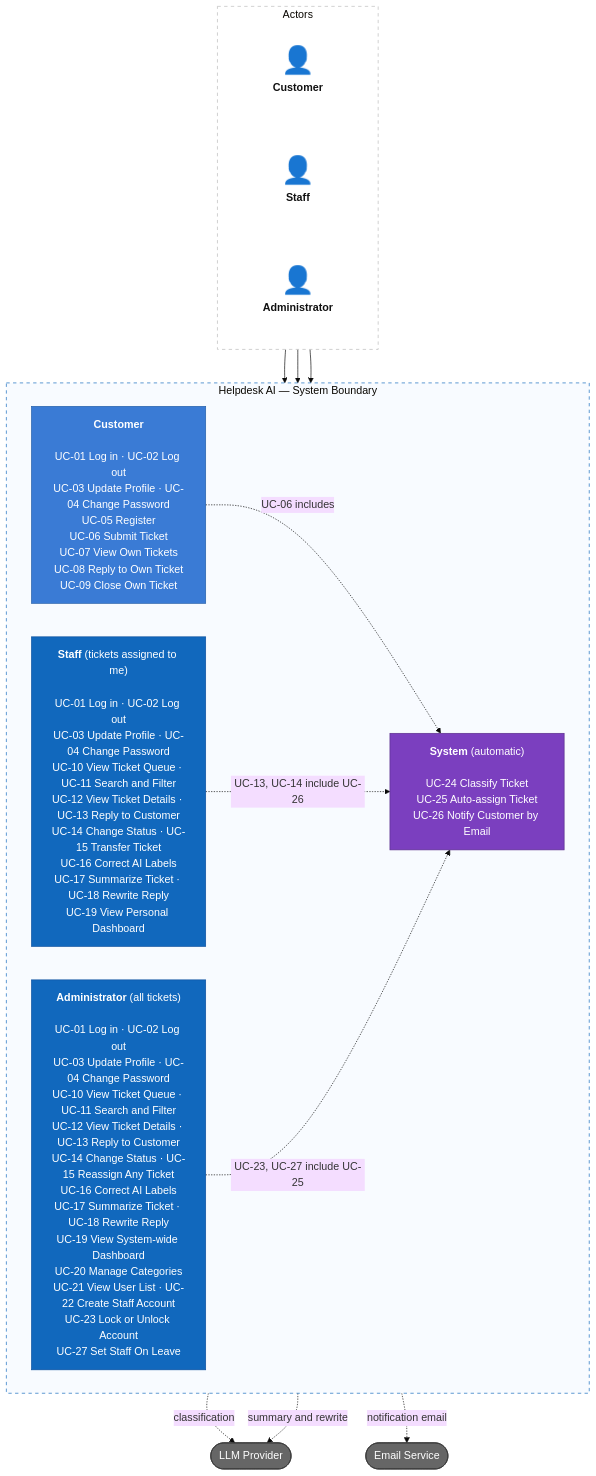
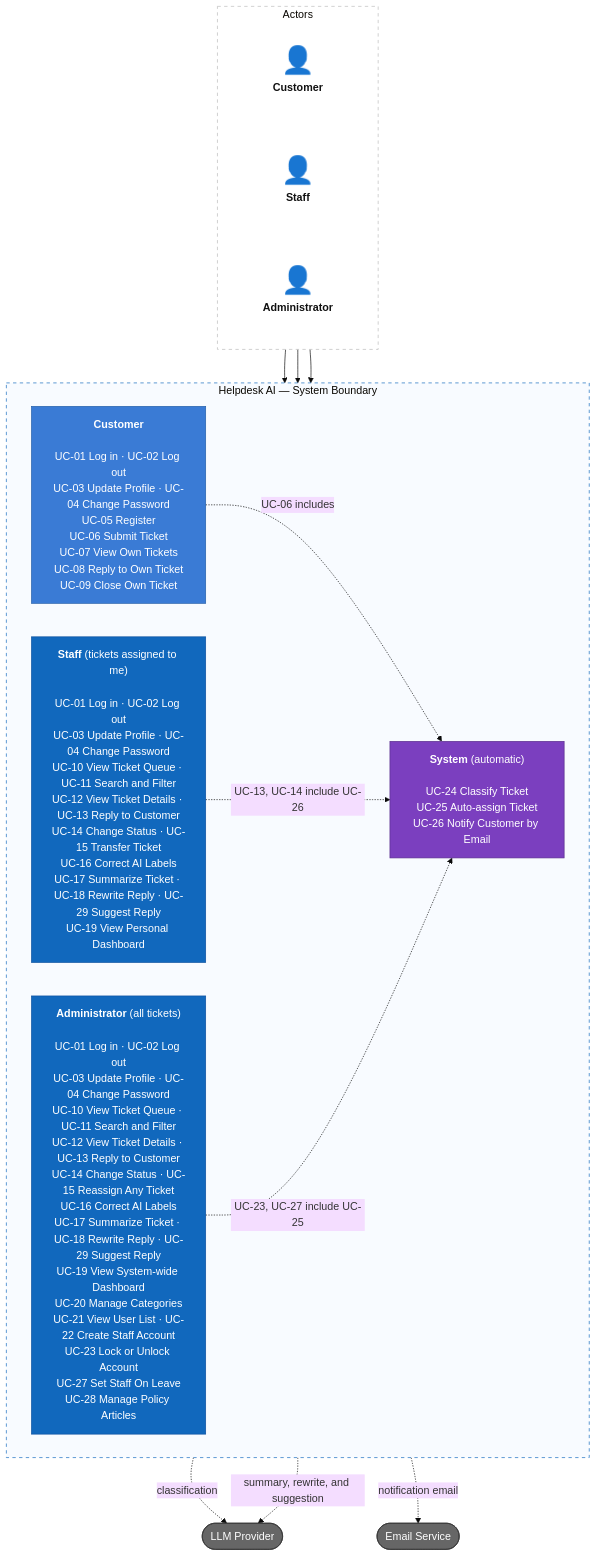
One commit to minhtuann1102/HelpdeskAI changed the first of 2 diagrams in README.md. Above: the diagram before and after it, drawn with Mermaid (base theme). The commit also changed other lines of this file and 1 other file, not shown here.

First line of the commit message:
docs: update README for policy articles and cited reply suggestions

````diff
--- a/README.md
+++ b/README.md
@@ -45,43 +47,43 @@
 ```mermaid
 flowchart TB
     subgraph roles["Actors"]
         direction LR
         customer["<span style='font-size:40px'>👤</span><br/><b>Customer</b>"]
         staff["<span style='font-size:40px'>👤</span><br/><b>Staff</b>"]
         admin["<span style='font-size:40px'>👤</span><br/><b>Administrator</b>"]
     end
 
     subgraph system["Helpdesk AI — System Boundary"]
         direction LR
         customerCases["<b>Customer</b><br/><br/>UC-01 Log in · UC-02 Log out<br/>UC-03 Update Profile · UC-04 Change Password<br/>UC-05 Register<br/>UC-06 Submit Ticket<br/>UC-07 View Own Tickets<br/>UC-08 Reply to Own Ticket<br/>UC-09 Close Own Ticket"]
-        staffCases["<b>Staff</b> (tickets assigned to me)<br/><br/>UC-01 Log in · UC-02 Log out<br/>UC-03 Update Profile · UC-04 Change Password<br/>UC-10 View Ticket Queue · UC-11 Search and Filter<br/>UC-12 View Ticket Details · UC-13 Reply to Customer<br/>UC-14 Change Status · UC-15 Transfer Ticket<br/>UC-16 Correct AI Labels<br/>UC-17 Summarize Ticket · UC-18 Rewrite Reply<br/>UC-19 View Personal Dashboard"]
-        adminCases["<b>Administrator</b> (all tickets)<br/><br/>UC-01 Log in · UC-02 Log out<br/>UC-03 Update Profile · UC-04 Change Password<br/>UC-10 View Ticket Queue · UC-11 Search and Filter<br/>UC-12 View Ticket Details · UC-13 Reply to Customer<br/>UC-14 Change Status · UC-15 Reassign Any Ticket<br/>UC-16 Correct AI Labels<br/>UC-17 Summarize Ticket · UC-18 Rewrite Reply<br/>UC-19 View System-wide Dashboard<br/>UC-20 Manage Categories<br/>UC-21 View User List · UC-22 Create Staff Account<br/>UC-23 Lock or Unlock Account<br/>UC-27 Set Staff On Leave"]
+        staffCases["<b>Staff</b> (tickets assigned to me)<br/><br/>UC-01 Log in · UC-02 Log out<br/>UC-03 Update Profile · UC-04 Change Password<br/>UC-10 View Ticket Queue · UC-11 Search and Filter<br/>UC-12 View Ticket Details · UC-13 Reply to Customer<br/>UC-14 Change Status · UC-15 Transfer Ticket<br/>UC-16 Correct AI Labels<br/>UC-17 Summarize Ticket · UC-18 Rewrite Reply · UC-29 Suggest Reply<br/>UC-19 View Personal Dashboard"]
+        adminCases["<b>Administrator</b> (all tickets)<br/><br/>UC-01 Log in · UC-02 Log out<br/>UC-03 Update Profile · UC-04 Change Password<br/>UC-10 View Ticket Queue · UC-11 Search and Filter<br/>UC-12 View Ticket Details · UC-13 Reply to Customer<br/>UC-14 Change Status · UC-15 Reassign Any Ticket<br/>UC-16 Correct AI Labels<br/>UC-17 Summarize Ticket · UC-18 Rewrite Reply · UC-29 Suggest Reply<br/>UC-19 View System-wide Dashboard<br/>UC-20 Manage Categories<br/>UC-21 View User List · UC-22 Create Staff Account<br/>UC-23 Lock or Unlock Account<br/>UC-27 Set Staff On Leave<br/>UC-28 Manage Policy Articles"]
         systemCases["<b>System</b> (automatic)<br/><br/>UC-24 Classify Ticket<br/>UC-25 Auto-assign Ticket<br/>UC-26 Notify Customer by Email"]
     end
 
     llm(["LLM Provider"])
     email(["Email Service"])
 
     customer --> customerCases
     staff --> staffCases
     admin --> adminCases
     customerCases -.->|"UC-06 includes"| systemCases
     staffCases -.->|"UC-13, UC-14 include UC-26"| systemCases
     adminCases -.->|"UC-23, UC-27 include UC-25"| systemCases
     systemCases -.->|"classification"| llm
     systemCases -.->|"notification email"| email
-    staffCases -.->|"summary and rewrite"| llm
+    staffCases -.->|"summary, rewrite, and suggestion"| llm
 
     classDef actor fill:none,stroke:none,color:#111
     classDef external fill:#666,color:#fff,stroke:#333
     classDef primary fill:#1168bd,color:#fff,stroke:#0b4f9e
     classDef standard fill:#3a7bd5,color:#fff,stroke:#245fa8
     classDef ai fill:#7b3fbf,color:#fff,stroke:#5a2d8c
     class customer,staff,admin actor
     class llm,email external
     class adminCases,staffCases primary
     class customerCases standard
     class systemCases ai
     style roles fill:#fff,stroke:#bbb,stroke-dasharray:5 5
     style system fill:#f8fbff,stroke:#1168bd,stroke-dasharray:5 5
 ```
````
